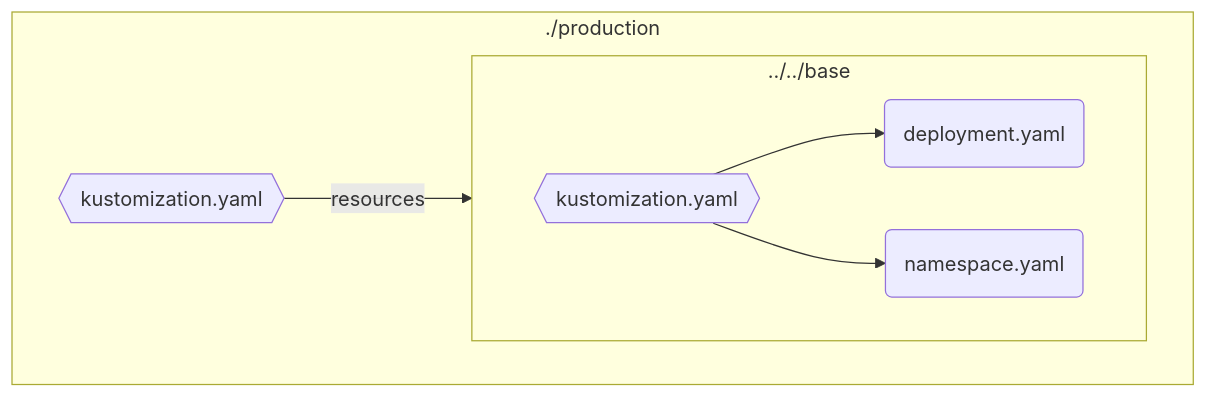
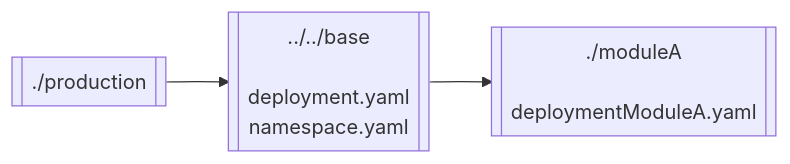
The second of 5 diagrams in README.md (dv0gt/kustomize-graph-md), drawn with Mermaid before and after one commit. The commit also changed other lines of this file and 1 other file, not shown here.

````diff
--- a/README.md
+++ b/README.md
@@ -78,14 +72,8 @@
 ```mermaid
 flowchart LR
-subgraph ./production
-direction LR
-K4108157276{{kustomization.yaml}}
-subgraph ../../base
-direction LR
-K2125297382{{kustomization.yaml}}
-K2125297382 --> K2125297382R0(deployment.yaml)
-K2125297382 --> K2125297382R1(namespace.yaml)
-end
-K4108157276 --> |resources| ../../base
-end
+K2388409362 --> K1632387892
+K1632387892 --> K244167769
+K244167769[[./moduleA<br/><br/>deploymentModuleA.yaml]]
+K1632387892[[../../base<br/><br/>deployment.yaml<br/>namespace.yaml]]
+K2388409362[[./production]]
 ```
````
